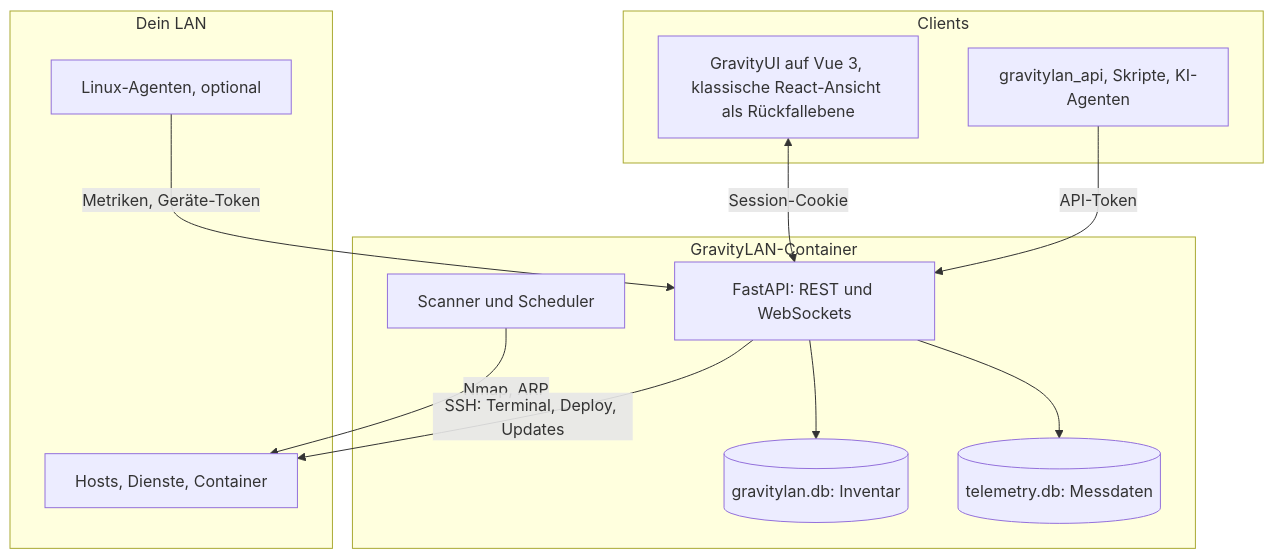
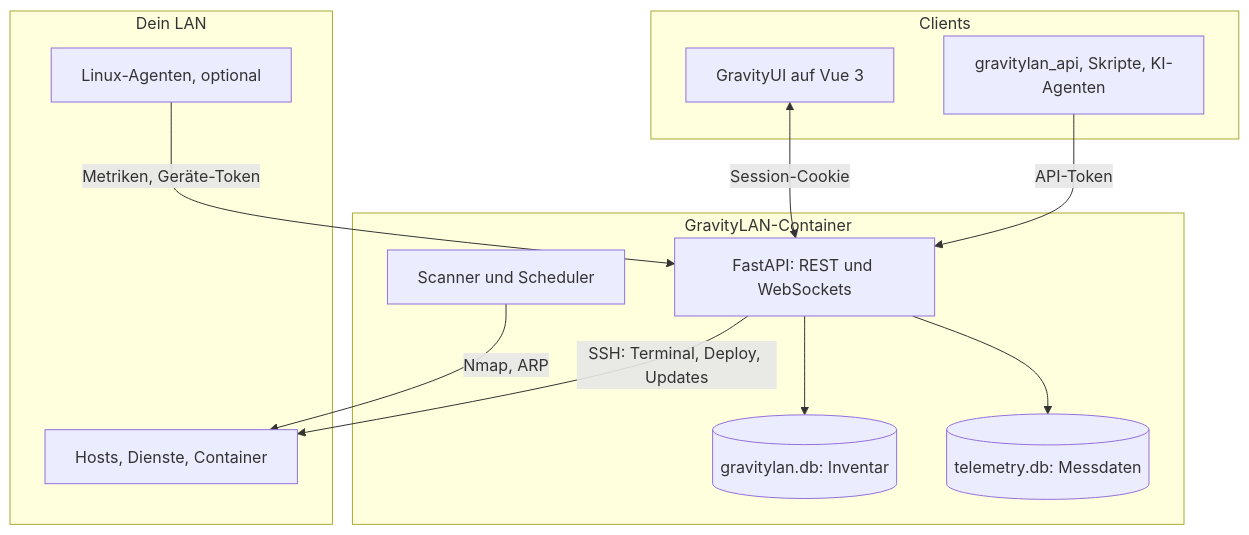
The second of 2 diagrams in README.md (SleeperXr/GravityLAN), drawn with Mermaid before and after one commit. The commit also changed other lines of this file and 177 other files, not shown here.

````diff
--- a/README.md
+++ b/README.md
@@ -528,24 +509,24 @@
 ```mermaid
 flowchart TB
   subgraph clients [Clients]
-    SPA[GravityUI auf Vue 3, klassische React-Ansicht als Rückfallebene]
+    SPA[GravityUI auf Vue 3]
     PY[gravitylan_api, Skripte, KI-Agenten]
   end
   subgraph server [GravityLAN-Container]
     API[FastAPI: REST und WebSockets]
     SC[Scanner und Scheduler]
     DB[(gravitylan.db: Inventar)]
     TDB[(telemetry.db: Messdaten)]
   end
   subgraph lan [Dein LAN]
     HOSTS[Hosts, Dienste, Container]
     AG[Linux-Agenten, optional]
   end
   SPA <-->|Session-Cookie| API
   PY -->|API-Token| API
   API --> DB
   API --> TDB
   SC -->|Nmap, ARP| HOSTS
   AG -->|Metriken, Geräte-Token| API
   API -->|SSH: Terminal, Deploy, Updates| HOSTS
 ```
````
